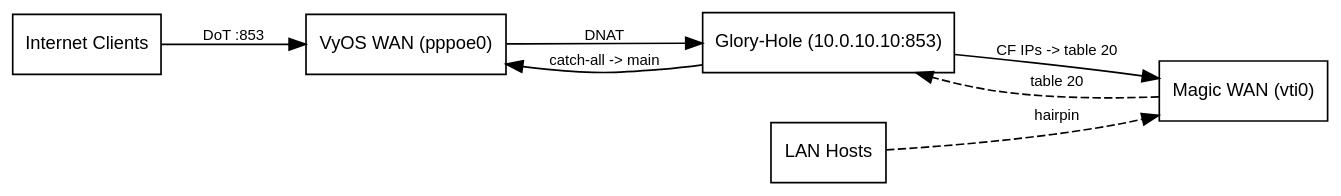
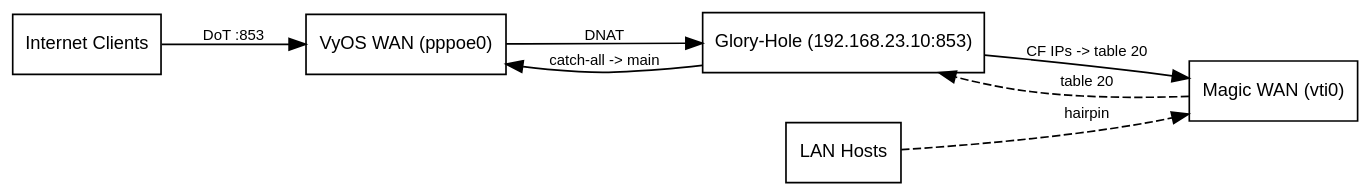
Before and after one commit to erfianugrah/lexicanum: the first of 2 diagrams in src/content/docs/guides/vyos-dot.mdx, drawn with Graphviz. The commit also changed other lines of this file and 17 other files, not shown here.

````diff
--- a/src/content/docs/guides/vyos-dot.mdx
+++ b/src/content/docs/guides/vyos-dot.mdx
@@ -18,21 +18,21 @@
 ```dot
 digraph {
   rankdir=LR; bgcolor="transparent"; compound=true; nodesep=0.3; ranksep=0.7;
   fontname="Helvetica,Arial,sans-serif";
   node [fontname="Helvetica,Arial,sans-serif", fontsize=11, shape=box];
   edge [fontname="Helvetica,Arial,sans-serif", fontsize=9];
 
   Internet  [label="Internet Clients"];
   WAN       [label="VyOS WAN (pppoe0)"];
-  Container [label="Glory-Hole (10.0.10.10:853)"];
+  Container [label="Glory-Hole (192.168.23.10:853)"];
   LAN       [label="LAN Hosts"];
   MagicWAN  [label="Magic WAN (vti0)"];
 
   Internet -> WAN       [label="DoT :853"];
   WAN -> Container      [label="DNAT"];
   LAN -> MagicWAN       [label="hairpin", style=dashed];
   MagicWAN -> Container [label="table 20", style=dashed];
   Container -> MagicWAN [label="CF IPs -> table 20"];
   Container -> WAN      [label="catch-all -> main"];
 }
 ```
````
